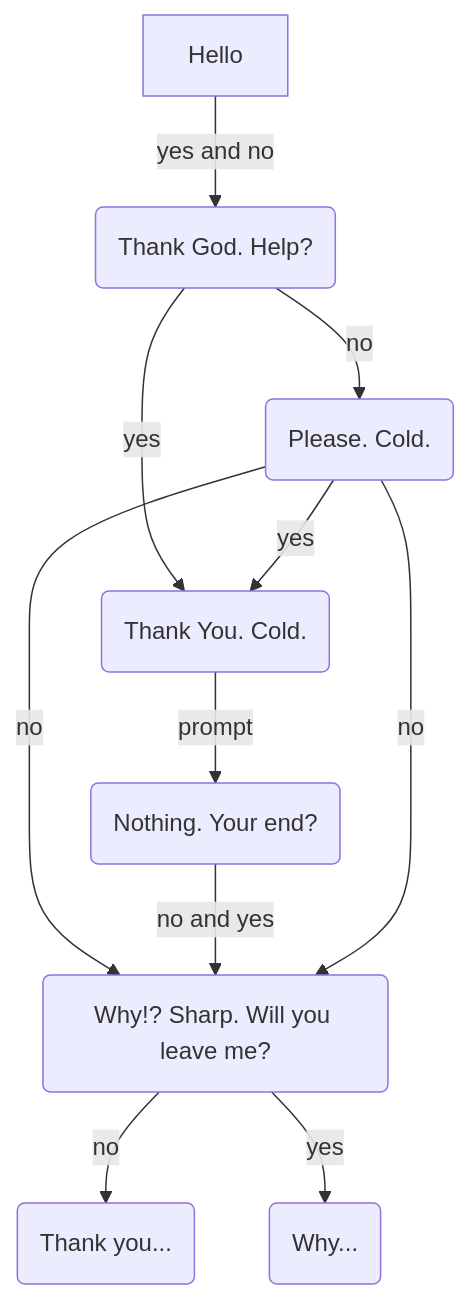
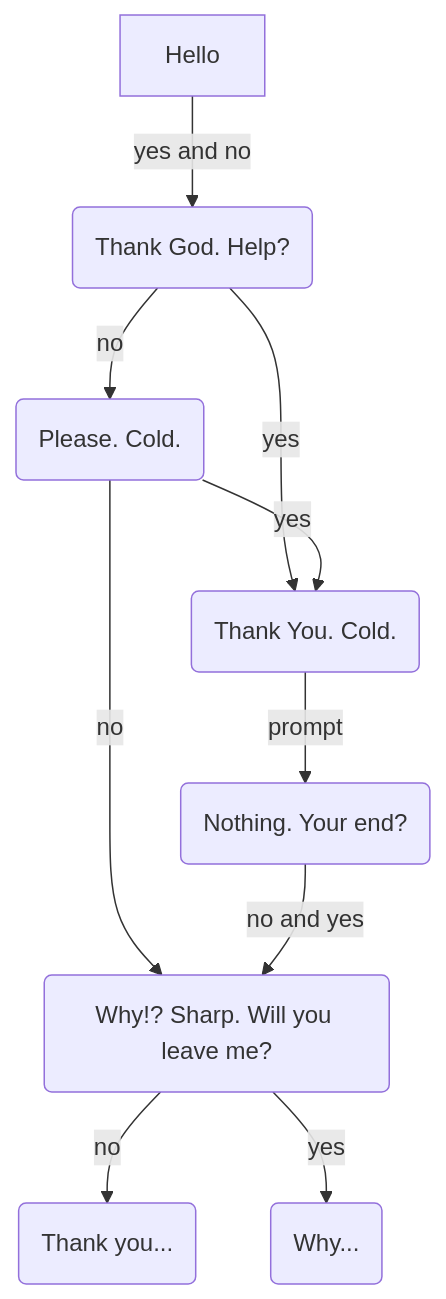
One commit to katlukens/gitm changed the diagram in README.md. Above: the diagram before and after it, drawn with Mermaid.

Commit message:
Update README.md improved mermaid chart

````diff
--- a/README.md
+++ b/README.md
@@ -17,13 +17,12 @@
 ```mermaid
 flowchart TD
-    A[Hello] -->|yes and no| B(Thank God. Help?)
+       A[Hello] -->|yes and no| B(Thank God. Help?)
     B -->|no| C(Please. Cold.)
     B -->|yes| D(Thank You. Cold.)
+    C -->|yes| D
     D -->|prompt| E(Nothing. Your end?)
-    C -->|yes| D
     C -->|no| F
     E-->|no and yes|F(Why!? Sharp. Will you leave me?)
-    C-->|no|F
     F-->|no|G(Thank you...)
     F-->|yes|H(Why...)
 ```
````
